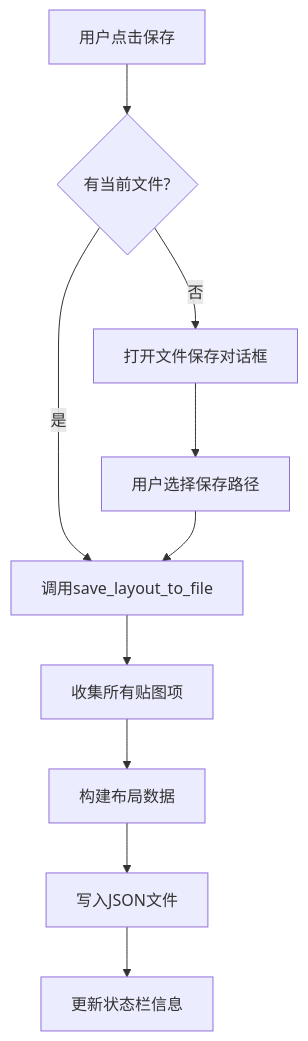
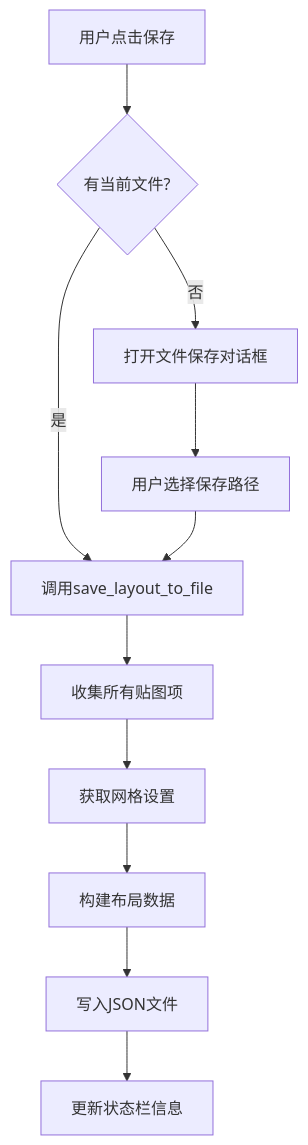
The fourth of 7 diagrams in DEV_LOG.md (xiyuxzq/VisualizationTexLayout), drawn with Mermaid before and after one commit. The commit also changed other lines of this file and 8 other files, not shown here.

````diff
--- a/DEV_LOG.md
+++ b/DEV_LOG.md
@@ -252,12 +264,13 @@
 ```mermaid
 flowchart TD
     A[用户点击保存] --> B{有当前文件?}
     B -->|是| D[调用save_layout_to_file]
     B -->|否| C[打开文件保存对话框]
     C --> C1[用户选择保存路径]
     C1 --> D
     D --> E[收集所有贴图项]
-    E --> F[构建布局数据]
+    E --> E1[获取网格设置]
+    E1 --> F[构建布局数据]
     F --> G[写入JSON文件]
     G --> H[更新状态栏信息]
 ```
````
